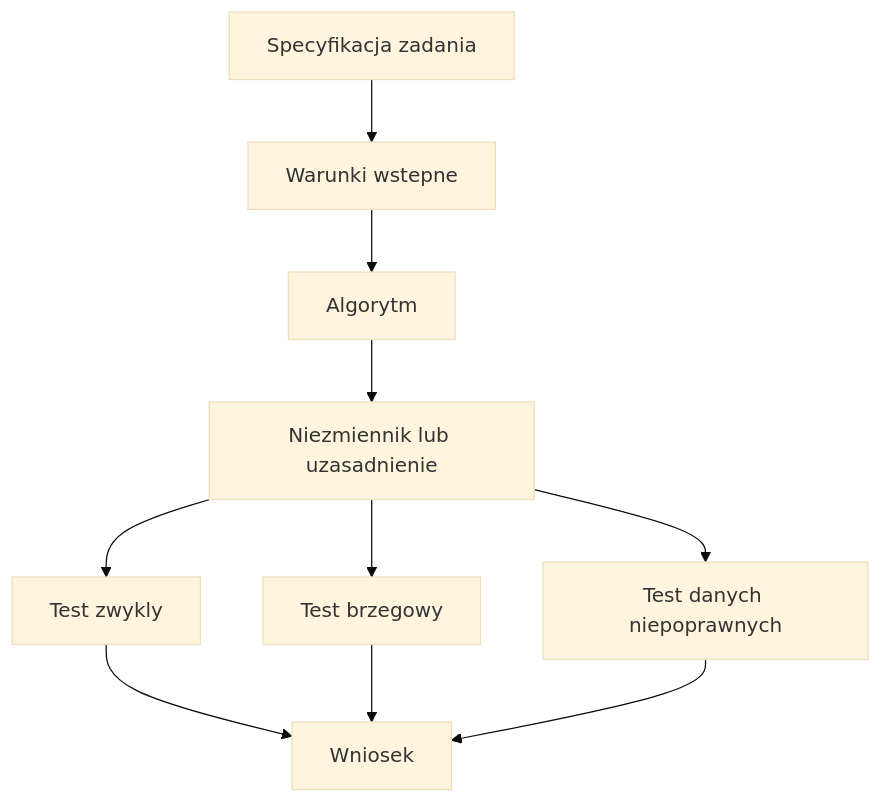
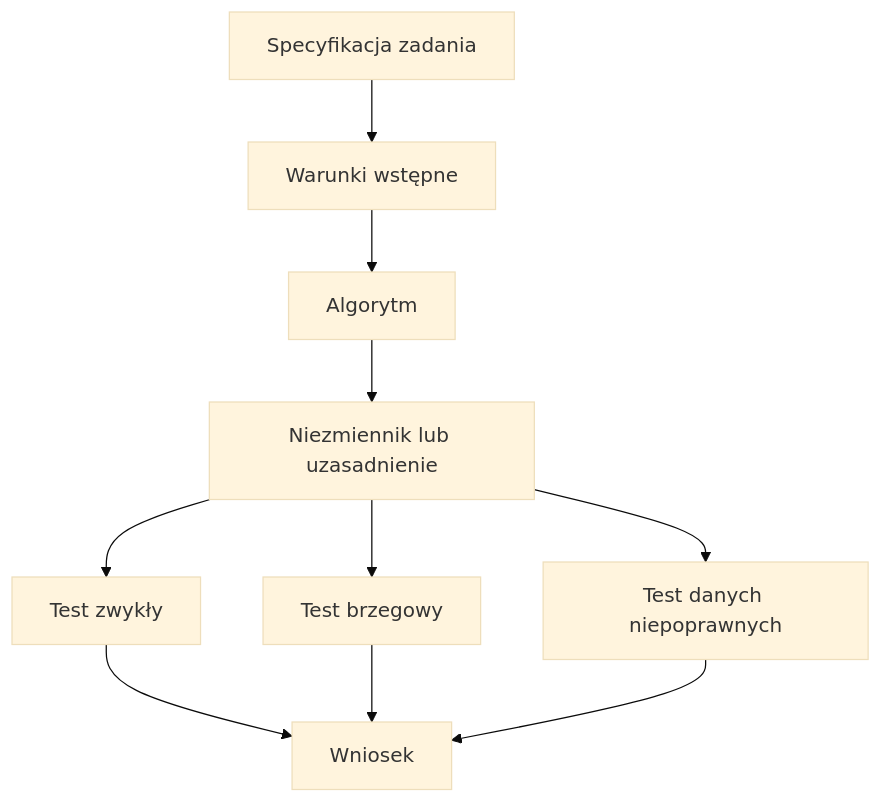
One commit to tborzyszkowski/warsztat-programisty-pjatk changed the diagram in src/01-organizacja/04-obliczenia-i-testy/diagramy/poprawnosc-algorytmu.mmd. Above: the diagram before and after it, drawn with Mermaid (base theme). The commit also changed 10 other files, not shown here.

Commit message:
Fix typos and improve language consistency in documentation and code comments across multiple files; update diagrams for clarity and correctness.

```diff
--- a/src/01-organizacja/04-obliczenia-i-testy/diagramy/poprawnosc-algorytmu.mmd
+++ b/src/01-organizacja/04-obliczenia-i-testy/diagramy/poprawnosc-algorytmu.mmd
@@ -1,10 +1,10 @@
 flowchart TD
-    A[Specyfikacja zadania] --> B[Warunki wstepne]
+    A[Specyfikacja zadania] --> B[Warunki wstępne]
     B --> C[Algorytm]
     C --> D[Niezmiennik lub uzasadnienie]
-    D --> E[Test zwykly]
+    D --> E[Test zwykły]
     D --> F[Test brzegowy]
     D --> G[Test danych niepoprawnych]
     E --> H[Wniosek]
     F --> H
     G --> H
```
